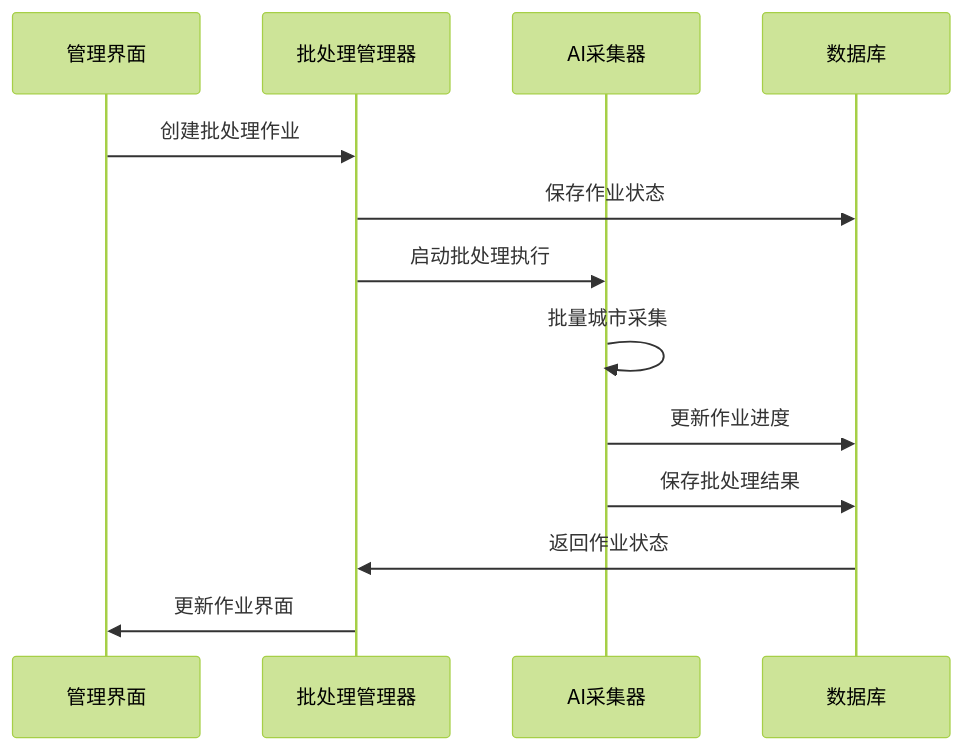
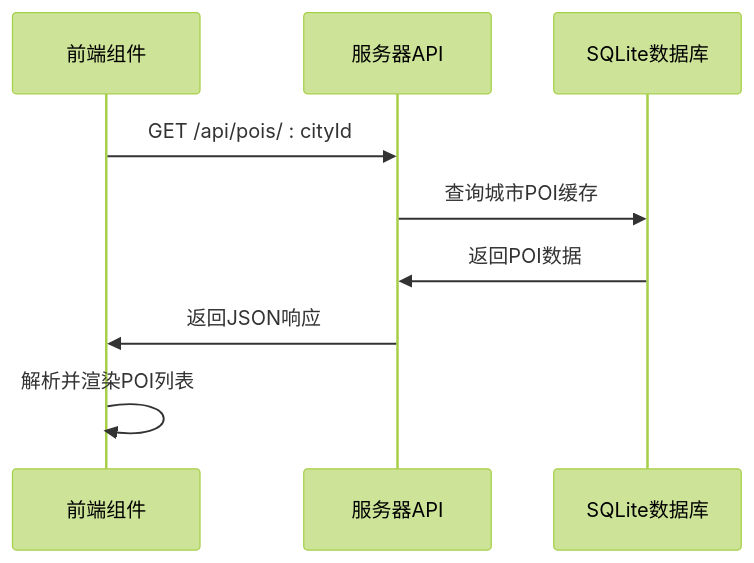
One commit to ititjjy/AITrip-plan changed the ninth of 11 diagrams in .qoder/repowiki/zh/content/AI数据采集系统/AI数据采集系统.md. Above: the diagram before and after it, drawn with Mermaid (forest theme). The commit also changed other lines of this file and 144 other files, not shown here.

````diff
--- a/.qoder/repowiki/zh/content/AI数据采集系统/AI数据采集系统.md
+++ b/.qoder/repowiki/zh/content/AI数据采集系统/AI数据采集系统.md
@@ -540,15 +465,11 @@
 ```mermaid
 sequenceDiagram
-participant Admin as 管理界面
-participant BatchManager as 批处理管理器
-participant Agent as AI采集器
-participant DB as 数据库
-Admin->>BatchManager : 创建批处理作业
-BatchManager->>DB : 保存作业状态
-BatchManager->>Agent : 启动批处理执行
-Agent->>Agent : 批量城市采集
-Agent->>DB : 更新作业进度
-Agent->>DB : 保存批处理结果
-DB->>BatchManager : 返回作业状态
-BatchManager->>Admin : 更新作业界面
+participant Frontend as 前端组件
+participant API as 服务器API
+participant DB as SQLite数据库
+Frontend->>API : GET /api/pois/ : cityId
+API->>DB : 查询城市POI缓存
+DB->>API : 返回POI数据
+API->>Frontend : 返回JSON响应
+Frontend->>Frontend : 解析并渲染POI列表
 ```
````
